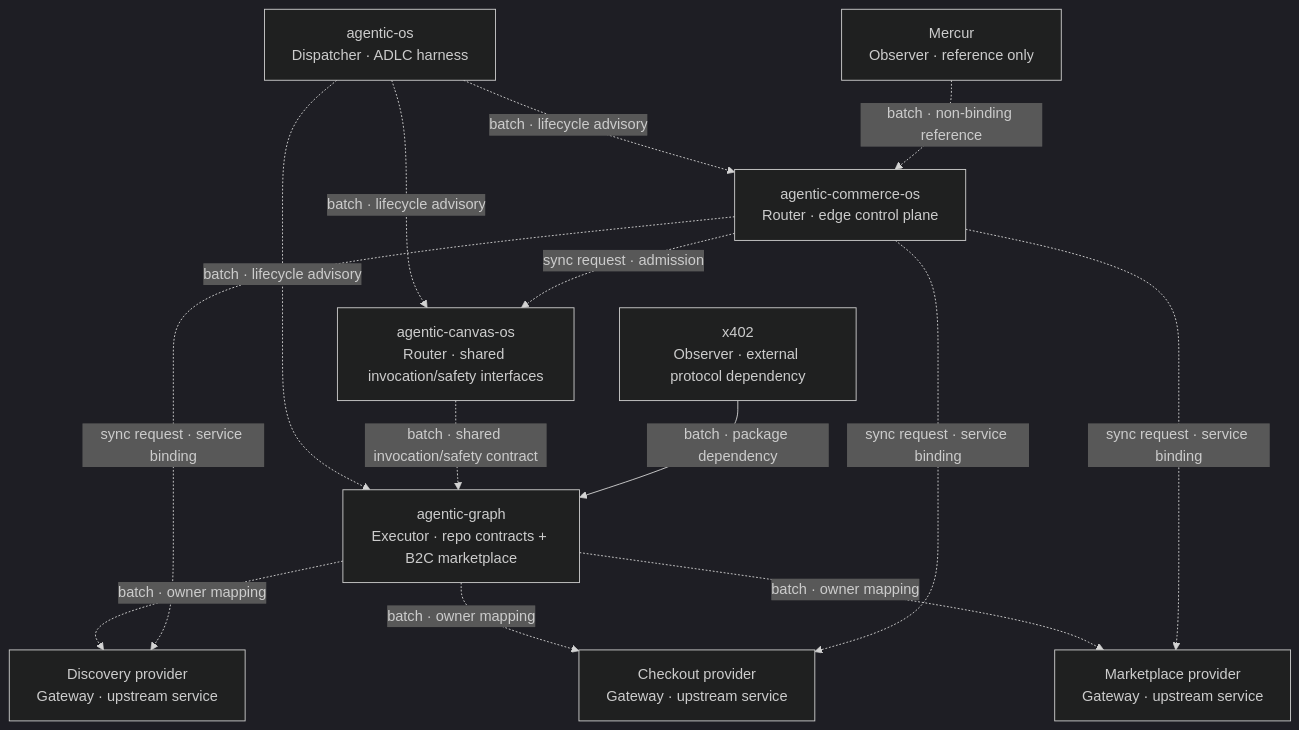
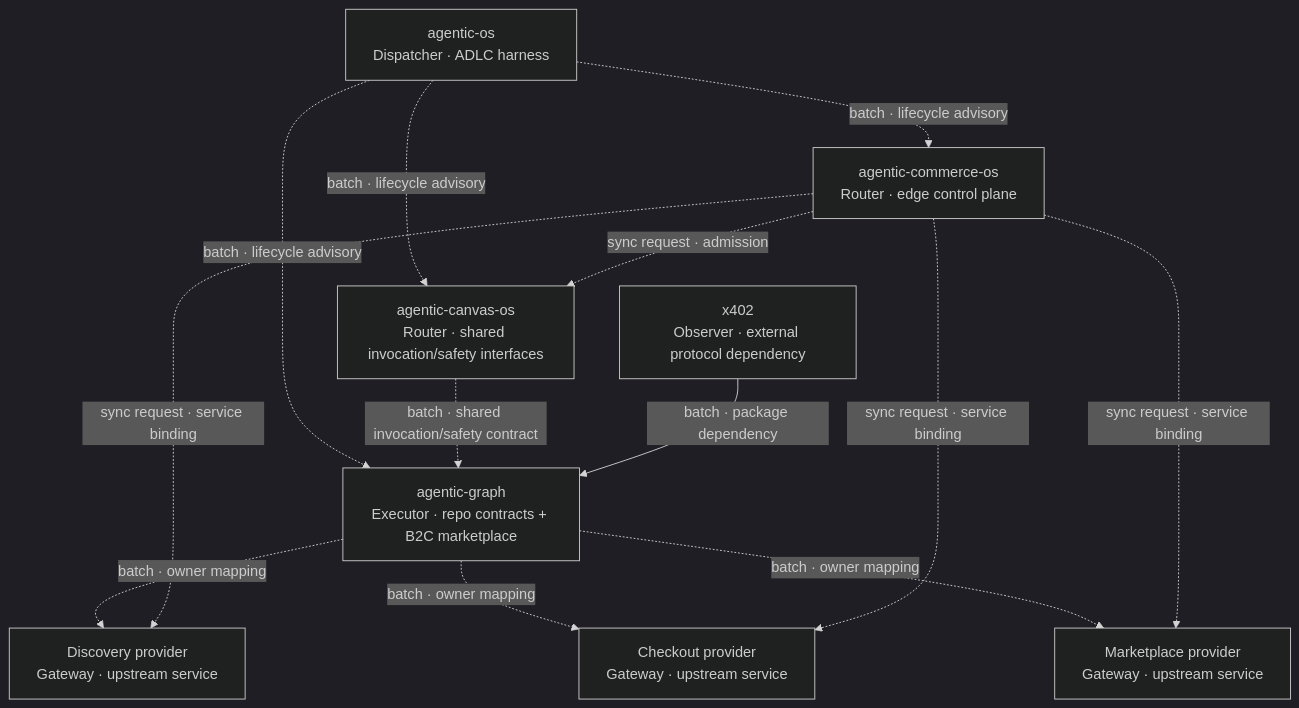
The first of 3 diagrams in guides/COMPOSITION-ARCHITECTURE.md (huijoohwee/agentic-os), drawn with Mermaid (dark theme) before and after one commit. The commit also changed other lines of this file and 9 other files, not shown here.

First line of the commit message:
composition-architecture-implementation: 2 commits (#50)

````diff
--- a/guides/COMPOSITION-ARCHITECTURE.md
+++ b/guides/COMPOSITION-ARCHITECTURE.md
@@ -189,26 +187,24 @@
 ```mermaid
 flowchart TB
     AOS["agentic-os<br/>Dispatcher · ADLC harness"]
     CANVAS["agentic-canvas-os<br/>Router · shared invocation/safety interfaces"]
     AG["agentic-graph<br/>Executor · repo contracts + B2C marketplace"]
     COMMERCE["agentic-commerce-os<br/>Router · edge control plane"]
     DISCOVERY["Discovery provider<br/>Gateway · upstream service"]
     CHECKOUT["Checkout provider<br/>Gateway · upstream service"]
     MARKET["Marketplace provider<br/>Gateway · upstream service"]
-    MERCUR["Mercur<br/>Observer · reference only"]
     X402["x402<br/>Observer · external protocol dependency"]
 
     AOS -.->|"batch · lifecycle advisory"| CANVAS
     AOS -.->|"batch · lifecycle advisory"| AG
     AOS -.->|"batch · lifecycle advisory"| COMMERCE
     CANVAS -.->|"batch · shared invocation/safety contract"| AG
     COMMERCE -.->|"sync request · admission"| CANVAS
     AG -.->|"batch · owner mapping"| DISCOVERY
     AG -.->|"batch · owner mapping"| CHECKOUT
     AG -.->|"batch · owner mapping"| MARKET
     COMMERCE -.->|"sync request · service binding"| DISCOVERY
     COMMERCE -.->|"sync request · service binding"| CHECKOUT
     COMMERCE -.->|"sync request · service binding"| MARKET
-    MERCUR -.->|"batch · non-binding reference"| COMMERCE
     X402 -->|"batch · package dependency"| AG
 ```
````
